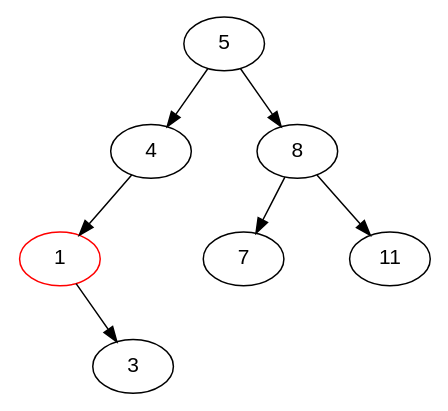
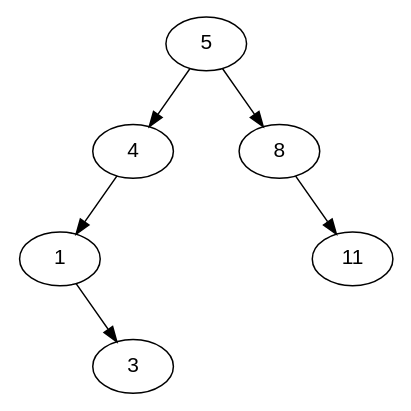
One commit to aaronbloomfield/pdr changed the diagram in slides/graphs/bst-8.dot. Above: the diagram before and after it, drawn with Graphviz. The commit also changed 26 other files, not shown here.

```diff
--- a/slides/graphs/bst-8.dot
+++ b/slides/graphs/bst-8.dot
@@ -1,32 +1,32 @@
 digraph G {
 	graph [fontname = "Helvetica"];
 	node [fontname = "Helvetica"];
 	edge [fontname = "Helvetica"];
 
 	5 -> 4;
 	null1 [label="", width=0.1, style=invis];
 	5 -> null1 [style=invis];
 	5 -> 8;
 	{rank=same 4 -> null1 -> 8 [style=invis]};
 	
-	1 [color=red];
 	4 -> 1;
 	null2 [label="", width=0.1, style=invis];
 	4 -> null2 [style=invis];
 	null3 [label="", width=0.1, style=invis];
 	4 -> null3 [style=invis];
 	{rank=same 1 -> null2 -> null3 [style=invis]};
 	
 	null4 [label="", width=0.1, style=invis];
 	1 -> null4 [style=invis];
 	null5 [label="", width=0.1, style=invis];
 	1 -> null5 [style=invis];
 	1 -> 3;
 	{rank=same null4 -> null5 -> 3 [style=invis]};
 
-	8 -> 7;
+	null7 [label="", width=0.1, style=invis];
+	8 -> null7 [style=invis];
 	null6 [label="", width=0.1, style=invis];
 	8 -> null6 [style=invis];
 	8 -> 11;
-	{rank=same 7 -> null6 -> 11 [style=invis]};
+	{rank=same null7 -> null6 -> 11 [style=invis]};
 }
```
